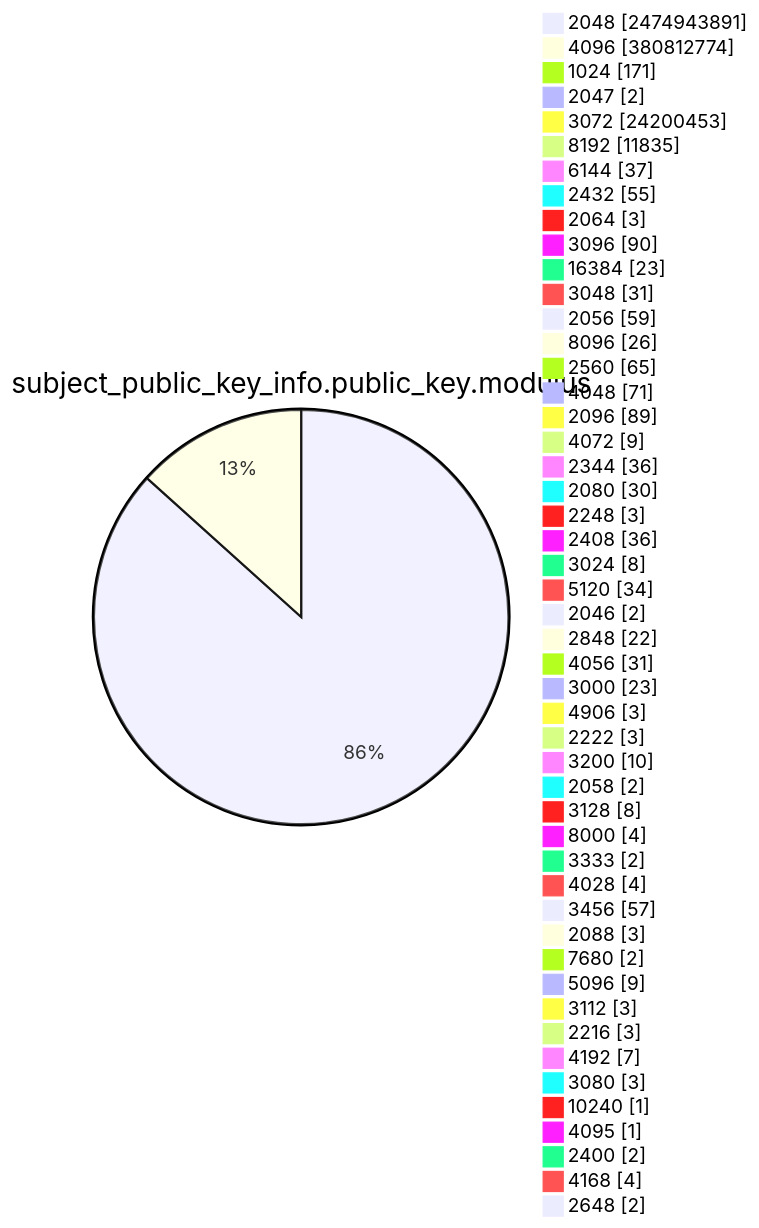
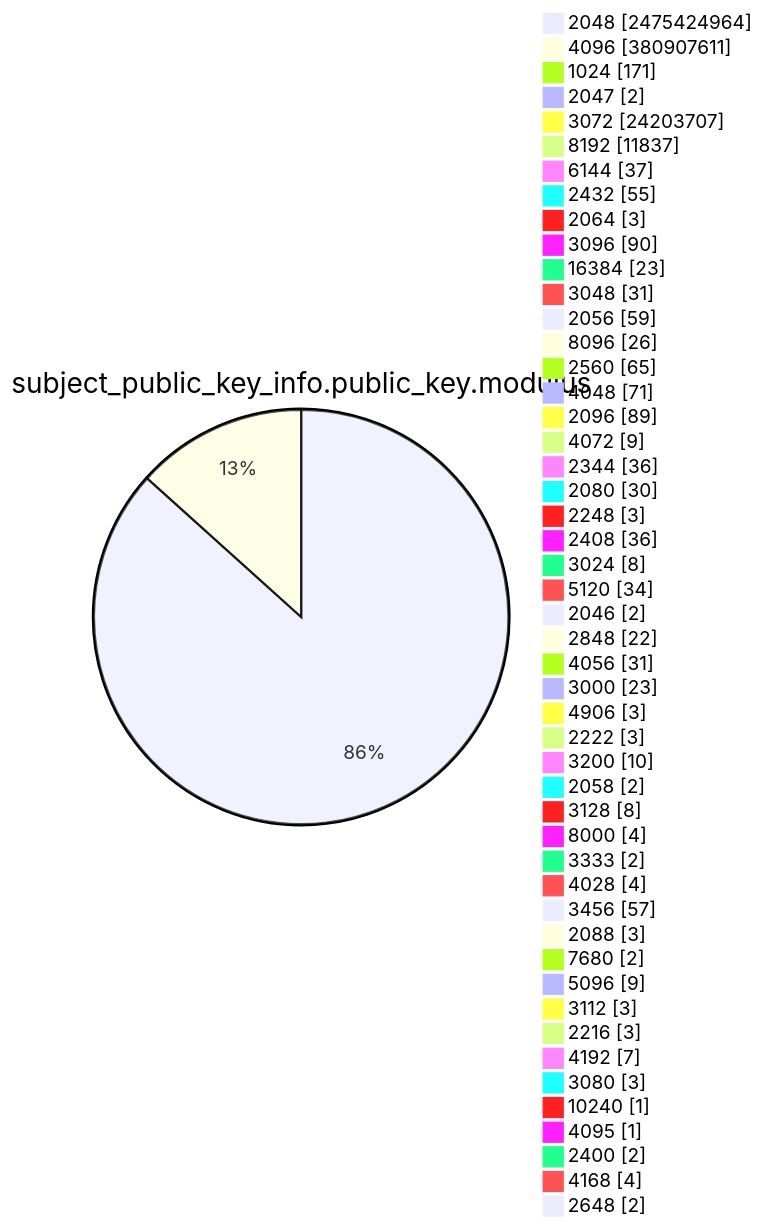
Before and after one commit to christiankrug/ctmonitor_visualization: diagram 13 of 15 in TOTAL/README.md, drawn with Mermaid. The commit also changed other lines of this file, not shown here.

````diff
--- a/TOTAL/README.md
+++ b/TOTAL/README.md
@@ -4168,53 +4168,53 @@
 ```mermaid
 pie showData
 title subject_public_key_info.public_key.modulus
-"2048" :2474943891
-"4096" :380812774
+"2048" :2475424964
+"4096" :380907611
 "1024" :171
 "2047" :2
-"3072" :24200453
-"8192" :11835
+"3072" :24203707
+"8192" :11837
 "6144" :37
 "2432" :55
 "2064" :3
 "3096" :90
 "16384" :23
 "3048" :31
 "2056" :59
 "8096" :26
 "2560" :65
 "4048" :71
 "2096" :89
 "4072" :9
 "2344" :36
 "2080" :30
 "2248" :3
 "2408" :36
 "3024" :8
 "5120" :34
 "2046" :2
 "2848" :22
 "4056" :31
 "3000" :23
 "4906" :3
 "2222" :3
 "3200" :10
 "2058" :2
 "3128" :8
 "8000" :4
 "3333" :2
 "4028" :4
 "3456" :57
 "2088" :3
 "7680" :2
 "5096" :9
 "3112" :3
 "2216" :3
 "4192" :7
 "3080" :3
 "10240" :1
 "4095" :1
 "2400" :2
 "4168" :4
 "2648" :2
 ```
````
